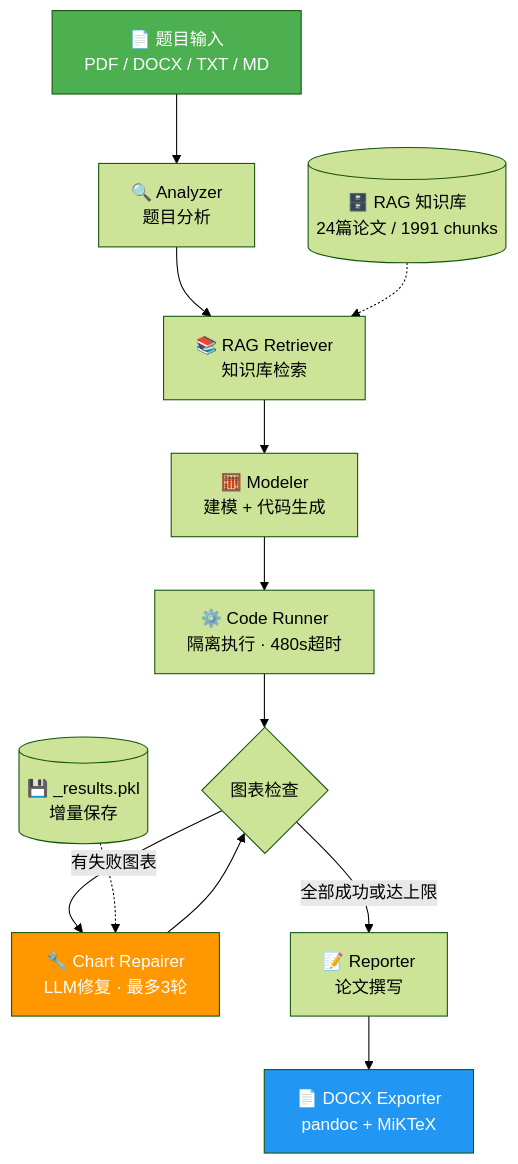
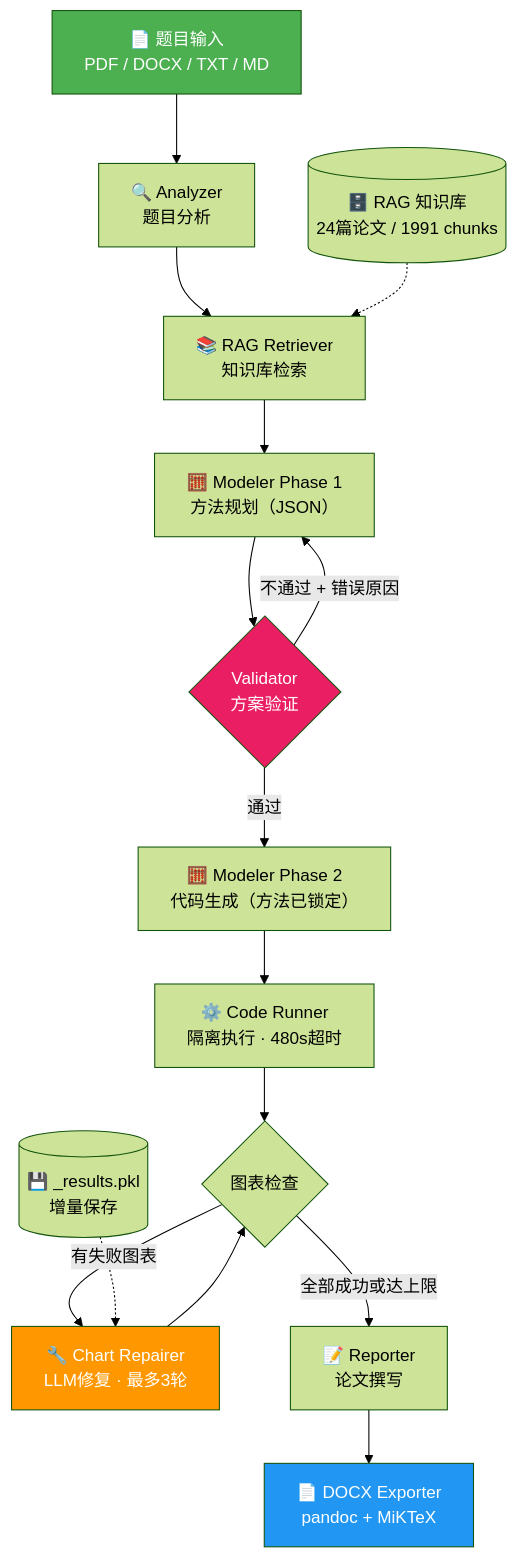
The diagram in README.md (jike6991-source/math-modeling-agent), drawn with Mermaid (forest theme) before and after one commit. The commit also changed other lines of this file and 1 other file, not shown here.

Commit message:
refactor: modeler两阶段生成 — 先规划后实现，validator自动验证+重试
- 新增 _PLAN_SYSTEM_PROMPT：短 prompt 让 LLM 仅输出方法选择 JSON
- 新增 _validate_plan：代码层面检查排班/调度类问题必须用 pulp+聚合整数变量、变量数上限 10000、solver 合法性
- 新增 _plan_approach：带验证重试（最多3次），失败带错误原因反馈给 LLM，3次均未通过则回退安全默认方案
- _CODE_SYSTEM_PROMPT_TEMPLATE 开头注入已锁定方案，LLM 不得更换求解器或变量设计
- build_model 两阶段串联：_plan_approach → locked_plan 注入 → _call_llm 生成代码
- README 架构图更新为两阶段 + Validator 节点，核心特性新增两阶段建模说明

````diff
--- a/README.md
+++ b/README.md
@@ -24,19 +24,23 @@
 ```mermaid
 flowchart TB
     A["📄 题目输入<br/>PDF / DOCX / TXT / MD"] --> B["🔍 Analyzer<br/>题目分析"]
     B --> C["📚 RAG Retriever<br/>知识库检索"]
-    C --> D["🧮 Modeler<br/>建模 + 代码生成"]
-    D --> E["⚙️ Code Runner<br/>隔离执行 · 480s超时"]
+    C --> D1["🧮 Modeler Phase 1<br/>方法规划（JSON）"]
+    D1 --> V{"Validator<br/>方案验证"}
+    V -->|"不通过 + 错误原因"| D1
+    V -->|"通过"| D2["🧮 Modeler Phase 2<br/>代码生成（方法已锁定）"]
+    D2 --> E["⚙️ Code Runner<br/>隔离执行 · 480s超时"]
     E --> F{"图表检查"}
     F -->|"有失败图表"| G["🔧 Chart Repairer<br/>LLM修复 · 最多3轮"]
     G --> F
     F -->|"全部成功或达上限"| H["📝 Reporter<br/>论文撰写"]
     H --> I["📄 DOCX Exporter<br/>pandoc + MiKTeX"]
-    
+
     K[("🗄️ RAG 知识库<br/>24篇论文 / 1991 chunks")] -.-> C
     L[("💾 _results.pkl<br/>增量保存")] -.-> G
 
     style A fill:#4CAF50,color:#fff
     style I fill:#2196F3,color:#fff
     style G fill:#FF9800,color:#fff
+    style V fill:#E91E63,color:#fff
 ```
````
